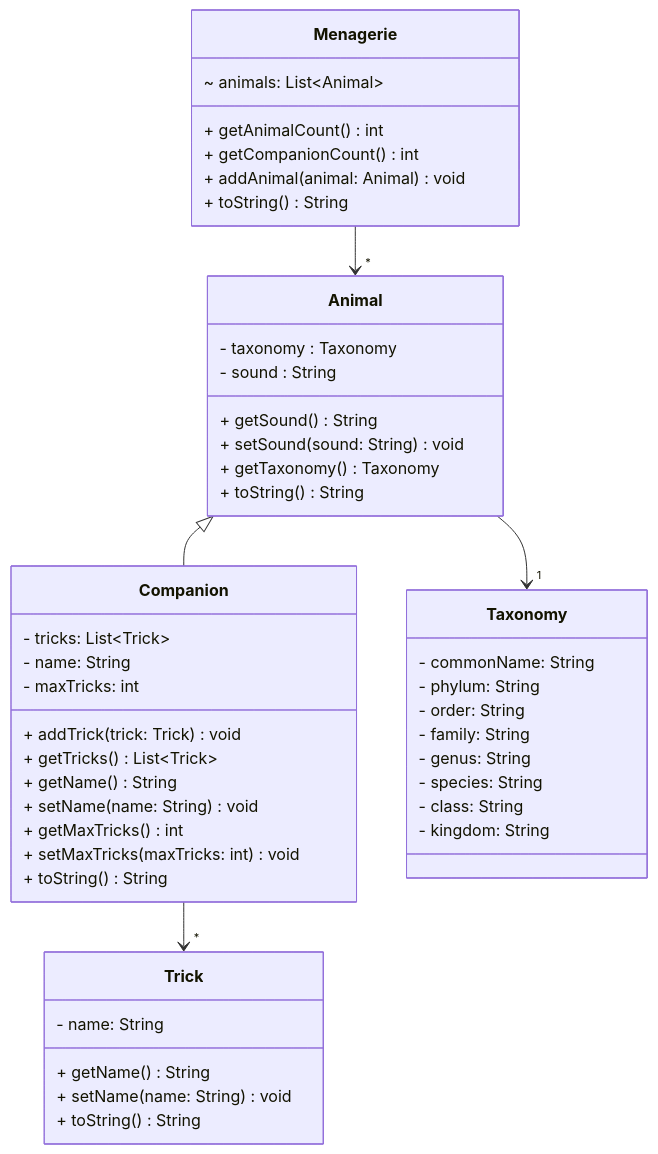
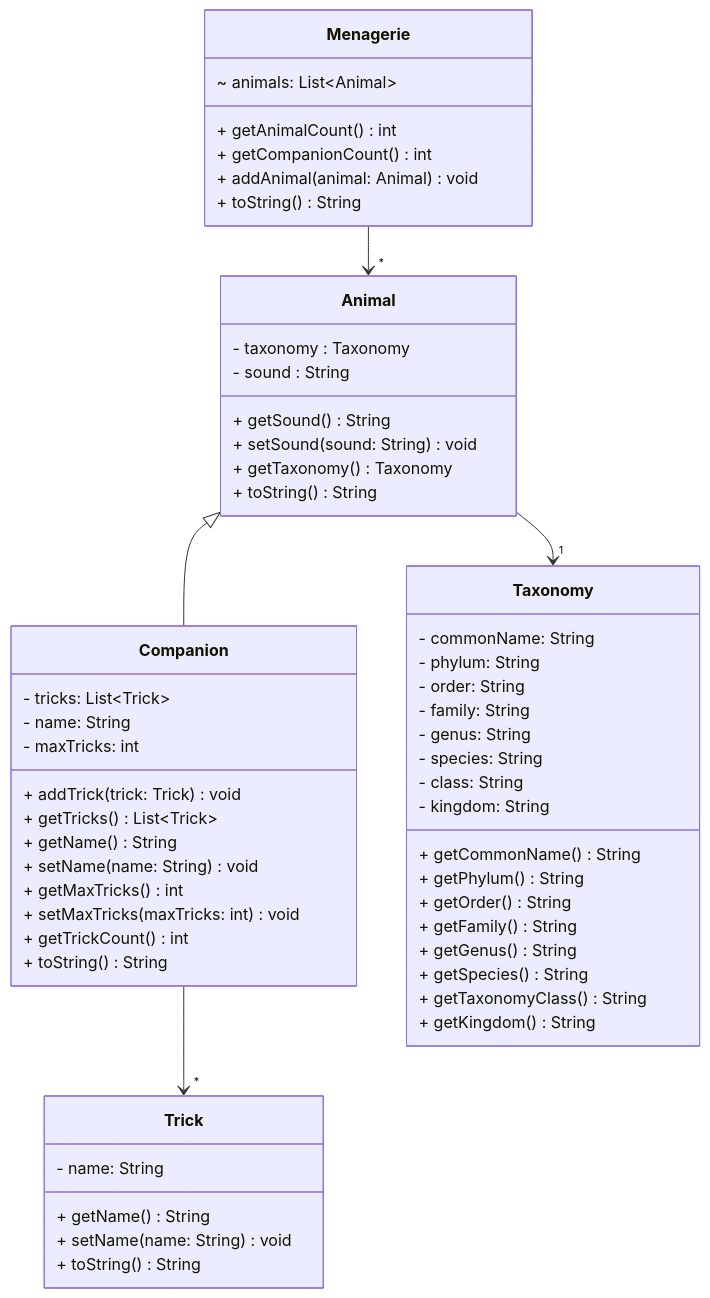
The fourth of 4 diagrams in Module03/Solution/README.md (tszwinglitw/5004-TeamActivities), drawn with Mermaid before and after one commit.

Commit message:
doc: updated q4 solution

````diff
--- a/Module03/Solution/README.md
+++ b/Module03/Solution/README.md
@@ -131,50 +131,59 @@
 ```mermaid 
 classDiagram
     Animal <|-- Companion
     Animal  -->  "1" Taxonomy
     Companion --> "*" Trick
     Menagerie --> "*" Animal
     class Menagerie {
         ~ animals: List~Animal~ 
        + getAnimalCount() int 
        + getCompanionCount() int
        + addAnimal(animal: Animal) void
        + toString() String        
     }
     class Animal {
         - taxonomy : Taxonomy
         - sound : String
         + getSound() String
         + setSound(sound: String) void
         + getTaxonomy() Taxonomy
         + toString() String
     }
     class Companion {
         - tricks: List~Trick~ 
         - name: String 
         - maxTricks: int
         + addTrick(trick: Trick) void
         + getTricks() List~Trick~
         + getName() String
         + setName(name: String) void
         + getMaxTricks() int
         + setMaxTricks(maxTricks: int) void
+        + getTrickCount() int
         + toString() String
     }
     class Trick {
         - name: String
         + getName() String
         + setName(name: String) void
         + toString() String
     }
     class Taxonomy {
     - commonName: String
     - phylum: String
     - order: String
     - family: String
     - genus: String
     - species: String
     - class: String
     - kingdom: String
+    + getCommonName() String
+    + getPhylum() String
+    + getOrder() String
+    + getFamily() String
+    + getGenus() String
+    + getSpecies() String
+    + getTaxonomyClass() String
+    + getKingdom() String 
     }
 ```
````
